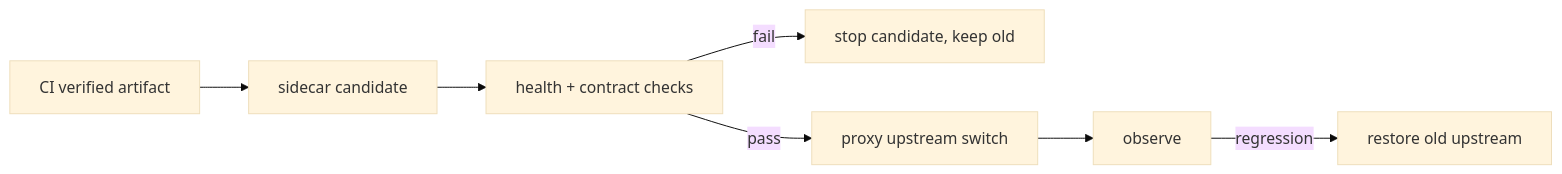
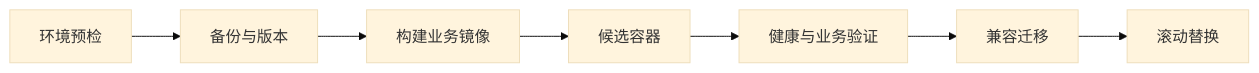
The diagram in docs/agent-practice/18-deployment-runbook.md (upJiang/jiang-blog-vitepress), drawn with Mermaid (base theme) before and after one commit. The commit also changed other lines of this file and 164 other files, not shown here.

````diff
--- a/docs/agent-practice/18-deployment-runbook.md
+++ b/docs/agent-practice/18-deployment-runbook.md
@@ -50,9 +19,9 @@
 ```mermaid
 flowchart LR
-  C[CI verified artifact] --> S[sidecar candidate]
-  S --> H[health + contract checks]
-  H -- fail --> X[stop candidate, keep old]
-  H -- pass --> P[proxy upstream switch]
-  P --> O[observe]
-  O -- regression --> R[restore old upstream]
+  A[环境预检] --> B[备份与版本]
+  B --> C[构建业务镜像]
+  C --> D[候选容器]
+  D --> E[健康与业务验证]
+  E --> F[兼容迁移]
+  F --> G[滚动替换]
 ```
````
